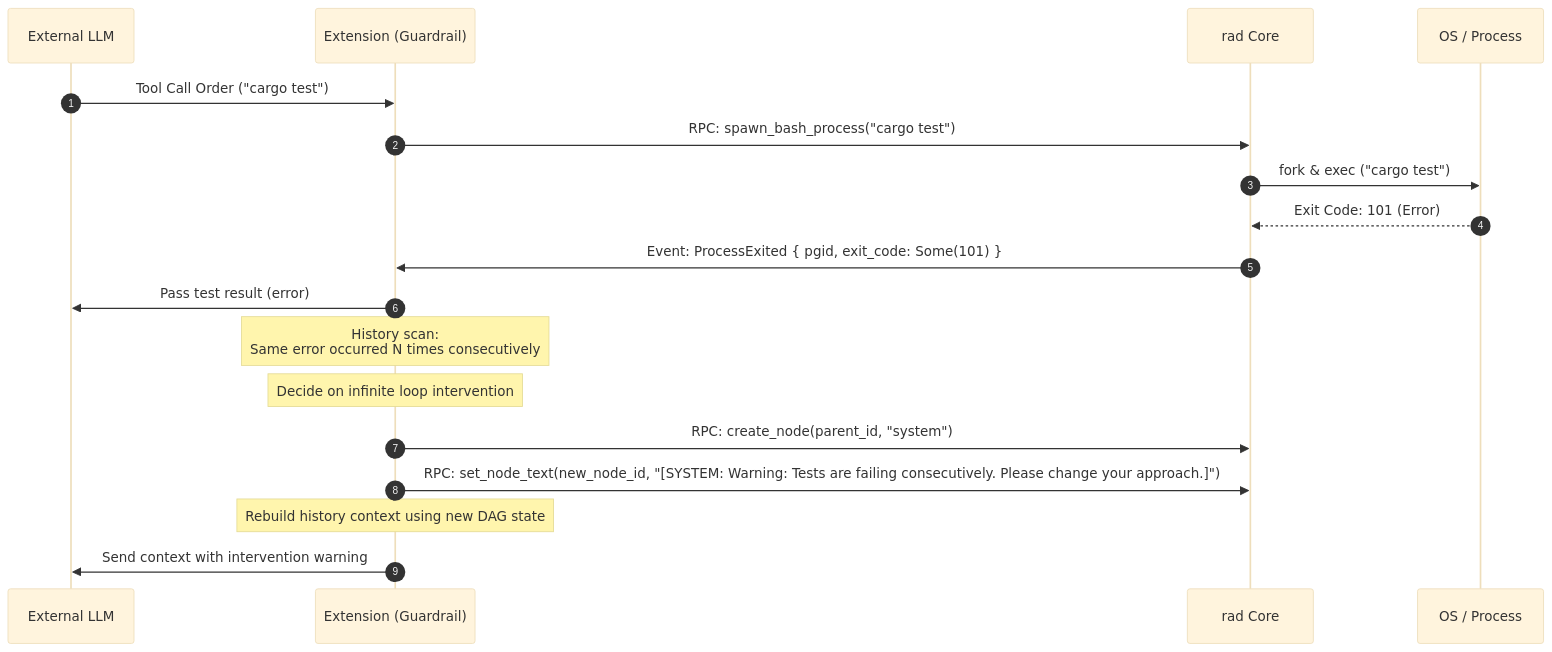
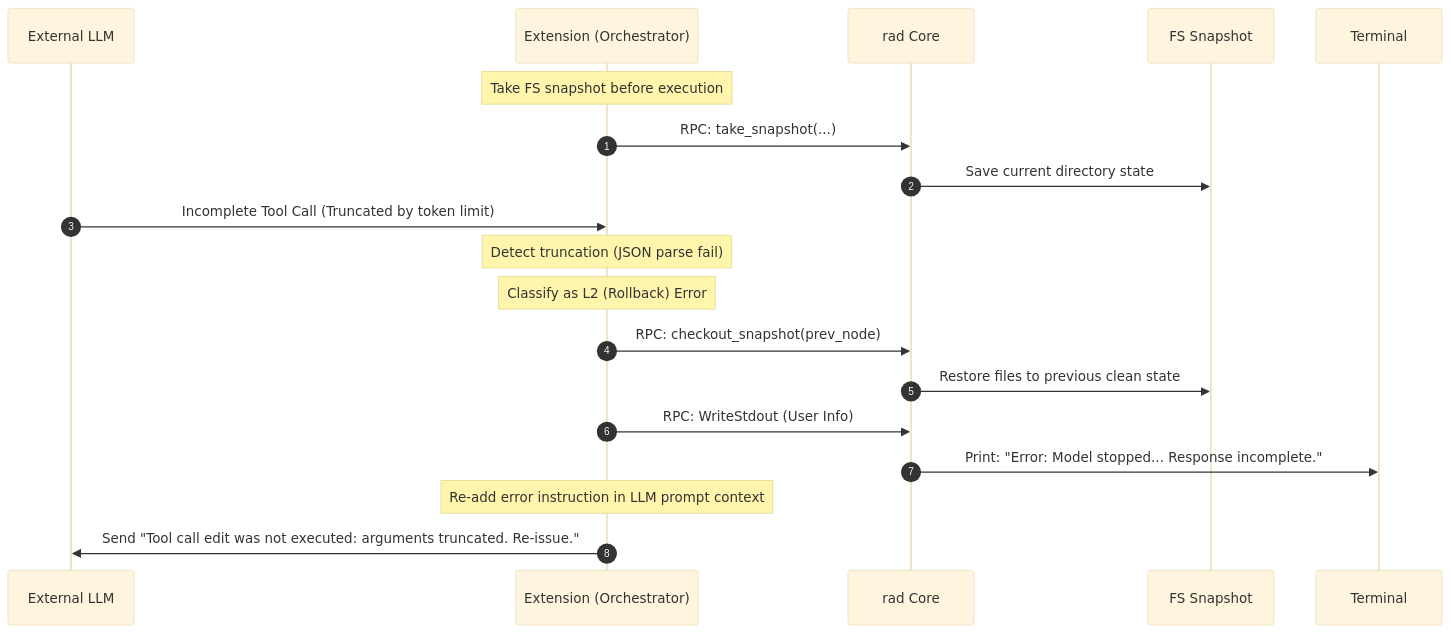
Before and after one commit to akahmys/rad: the second of 6 diagrams in ARCHITECTURE.md, drawn with Mermaid (base theme). The commit also changed other lines of this file and 68 other files, not shown here.

Commit message:
feat: Implement unified error handling, clean PLANS.md, and document architecture

````diff
--- a/ARCHITECTURE.md
+++ b/ARCHITECTURE.md
@@ -319,23 +335,25 @@
 ```mermaid
 sequenceDiagram
     autonumber
     participant LLM as External LLM
-    participant Ext as Extension (Guardrail)
+    participant Ext as Extension (Orchestrator)
     participant Core as rad Core
-    participant OS as OS / Process
+    participant FS as FS Snapshot
 
-    LLM->>Ext: Tool Call Order ("cargo test")
-    Ext->>Core: RPC: spawn_bash_process("cargo test")
-    Core->>OS: fork & exec ("cargo test")
-    OS-->>Core: Exit Code: 101 (Error)
-    Core->>Ext: Event: ProcessExited { pgid, exit_code: Some(101) }
-    Ext->>LLM: Pass test result (error)
+    Note over Ext: Take FS snapshot before execution
+    Ext->>Core: RPC: take_snapshot(...)
+    Core->>FS: Save current directory state
 
-    Note over Ext: History scan: <br>Same error occurred N times consecutively
-
-    Note over Ext: Decide on infinite loop intervention
-    Ext->>Core: RPC: create_node(parent_id, "system")
-    Ext->>Core: RPC: set_node_text(new_node_id, "[SYSTEM: Warning: Tests are failing consecutively. Please change your approach.]")
-    Note over Ext: Rebuild history context using new DAG state
-    Ext->>LLM: Send context with intervention warning
+    LLM->>Ext: Incomplete Tool Call (Truncated by token limit)
+    Note over Ext: Detect truncation (JSON parse fail)
+    Note over Ext: Classify as L2 (Rollback) Error
+    
+    Ext->>Core: RPC: checkout_snapshot(prev_node)
+    Core->>FS: Restore files to previous clean state
+    
+    Ext->>Core: RPC: WriteStdout (User Info)
+    Core->>Terminal: Print: "Error: Model stopped... Response incomplete."
+    
+    Note over Ext: Re-add error instruction in LLM prompt context
+    Ext->>LLM: Send "Tool call edit was not executed: arguments truncated. Re-issue."
 ```
````
